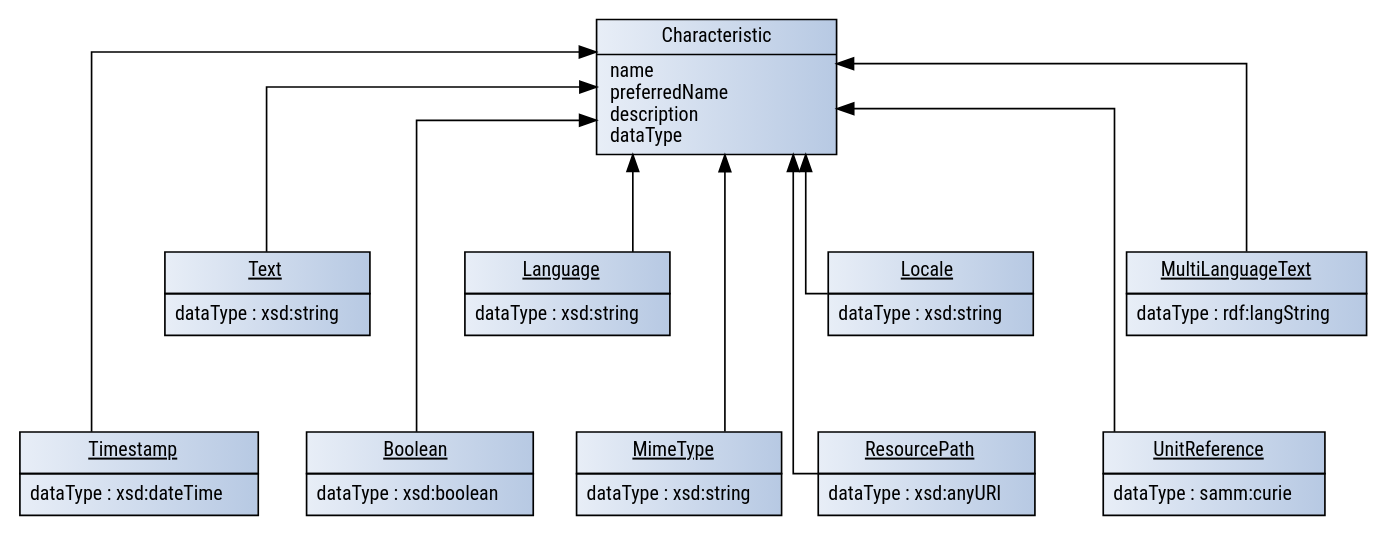
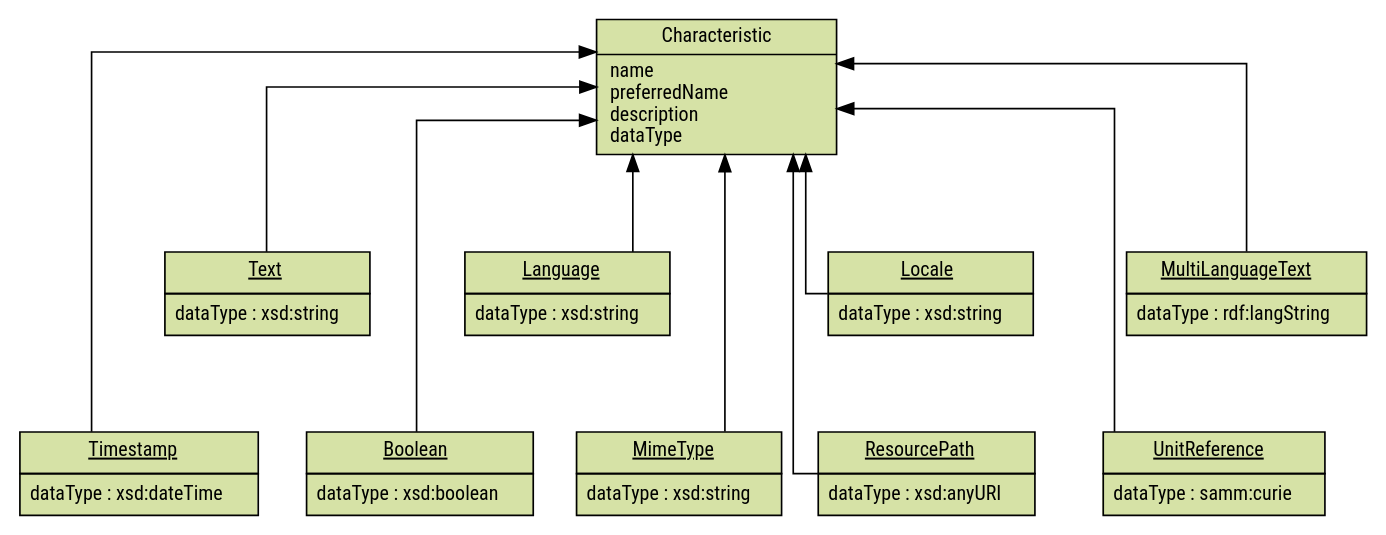
The diagram in documentation/modules/ROOT/diagrams/characteristics-instances.dot (eclipse-esmf/esmf-semantic-aspect-meta-model), drawn with Graphviz before and after one commit. The commit also changed 6 other files, not shown here.

Commit message:
Adjust colors in meta model elements and characteristics diagrams (#291)

```diff
--- a/documentation/modules/ROOT/diagrams/characteristics-instances.dot
+++ b/documentation/modules/ROOT/diagrams/characteristics-instances.dot
@@ -37,13 +37,18 @@
     arrowhead = empty
   ]
 
-  Characteristic [label="{ Characteristic|name\lpreferredName\ldescription\ldataType\l}", href="../characteristics.html#characteristic-characteristic"]
+  Characteristic [
+    label="{ Characteristic|name\lpreferredName\ldescription\ldataType\l}",
+    href="../characteristics.html#characteristic-characteristic",
+    fillcolor="#d6e2a6"
+  ]
 
   node [
     shape = plaintext
     width = 0
     height = 0
     margin = 0
+    fillcolor="#d6e2a6"
   ]
 
   edge [
```
